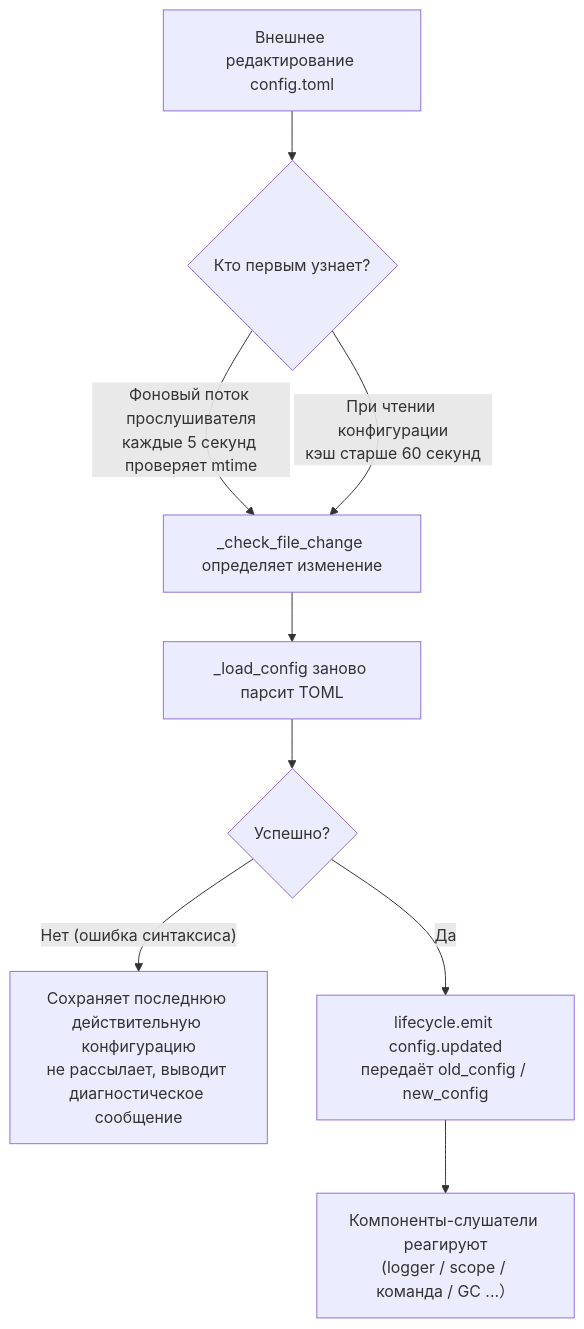
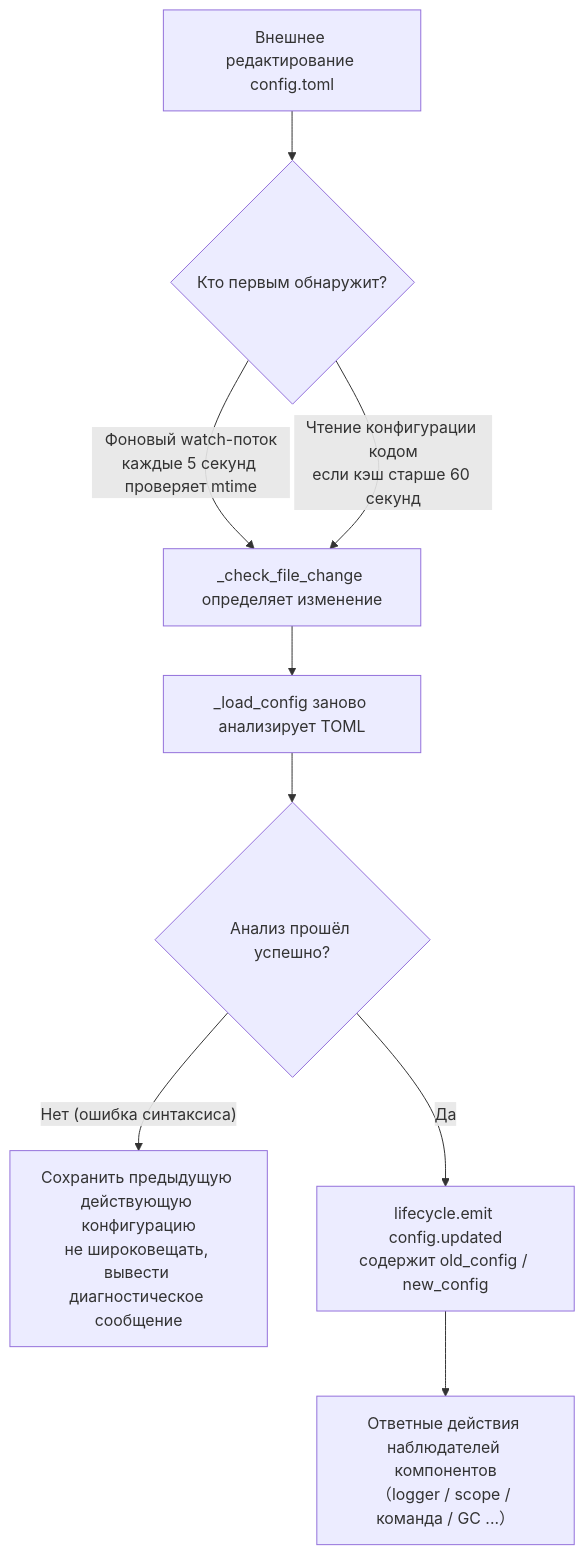
One commit to ErisPulse/ErisPulse changed the diagram in docs/ru/user-guide/configuration.md. Above: the diagram before and after it, drawn with Mermaid. The commit also changed other lines of this file and 44 other files, not shown here.

````diff
--- a/docs/ru/user-guide/configuration.md
+++ b/docs/ru/user-guide/configuration.md
@@ -89,11 +99,11 @@
 ```mermaid
 flowchart TD
-    A["Внешнее редактирование config.toml"] --> B{"Кто первым узнает?"}
-    B -->|"Фоновый поток прослушивателя<br/>каждые 5 секунд проверяет mtime"| C["_check_file_change определяет изменение"]
-    B -->|"При чтении конфигурации<br/>кэш старше 60 секунд"| C
-    C --> D["_load_config заново парсит TOML"]
-    D --> E{"Успешно?"}
-    E -->|"Нет (ошибка синтаксиса)"| F["Сохраняет последнюю действительную конфигурацию<br/>не рассылает, выводит диагностическое сообщение"]
-    E -->|"Да"| G["lifecycle.emit config.updated<br/>передаёт old_config / new_config"]
-    G --> H["Компоненты-слушатели реагируют<br/>(logger / scope / команда / GC ...）"]
+    A["Внешнее редактирование config.toml"] --> B{"Кто первым обнаружит?"}
+    B -->|"Фоновый watch-поток<br/>каждые 5 секунд проверяет mtime"| C["_check_file_change определяет изменение"]
+    B -->|"Чтение конфигурации кодом<br/>если кэш старше 60 секунд"| C
+    C --> D["_load_config заново анализирует TOML"]
+    D --> E{"Анализ прошёл успешно?"}
+    E -->|"Нет (ошибка синтаксиса)"| F["Сохранить предыдущую действующую конфигурацию<br/>не широковещать, вывести диагностическое сообщение"]
+    E -->|"Да"| G["lifecycle.emit config.updated<br/>содержит old_config / new_config"]
+    G --> H["Ответные действия наблюдателей компонентов<br/>（logger / scope / команда / GC ...）"]
 ```
````
